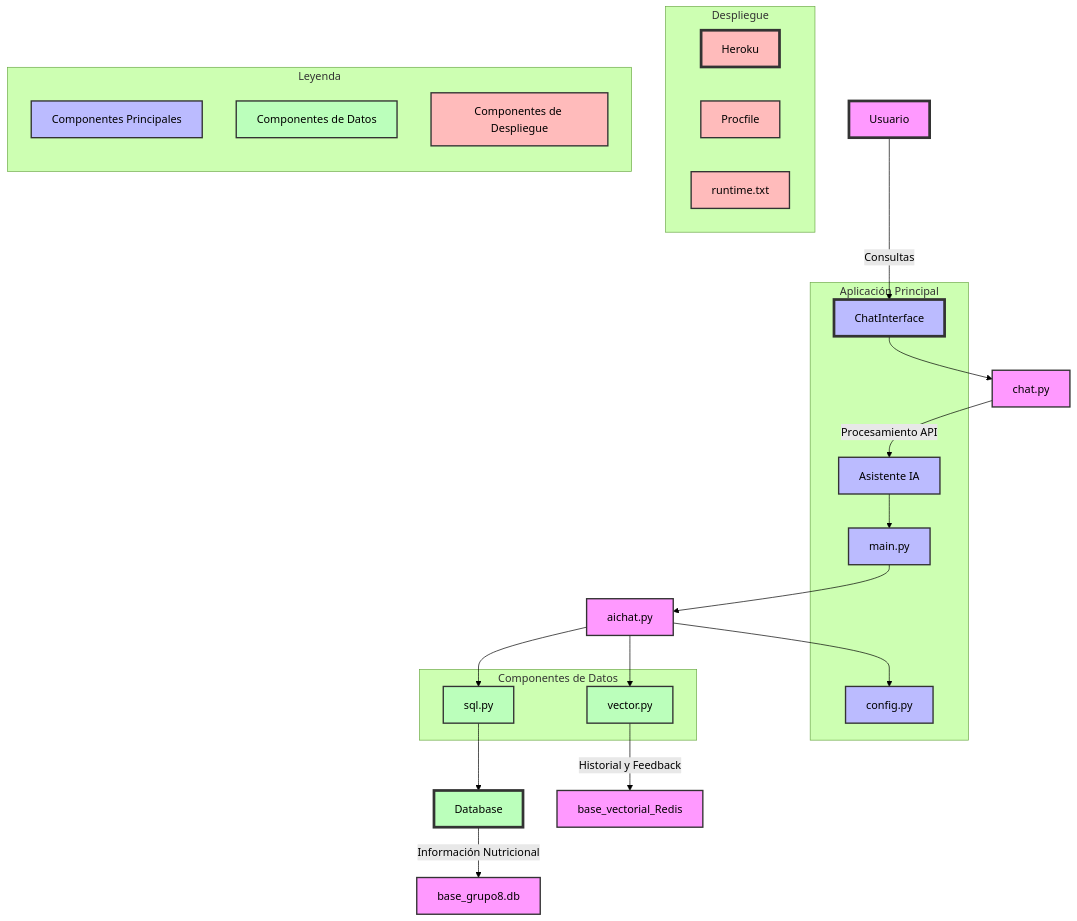
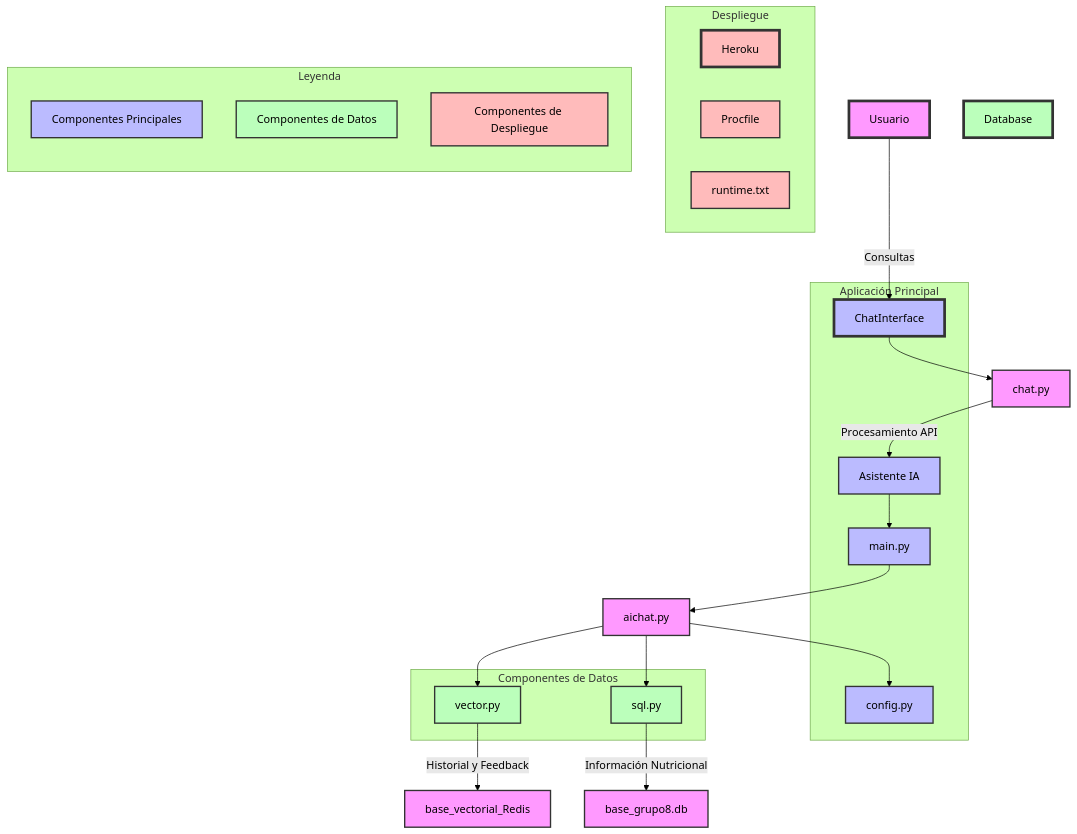
The diagram in architecture.md (leorojascas/Grupo8), drawn with Mermaid (forest theme) before and after one commit.

````diff
--- a/architecture.md
+++ b/architecture.md
@@ -1,65 +1,64 @@
 ```mermaid
 graph TD
     %% Nodes
     User[Usuario] -->|Consultas| ChatInterface
     ChatInterface --> ChatLogic[chat.py]
     ChatLogic[chat.py] -->|Procesamiento API| AIAssistant[Asistente IA]
     AIAssistant[Asistente IA] --> EntryPoint[main.py]
     EntryPoint[main.py] --> AILogic[aichat.py]
     AILogic[aichat.py] --> AppConfig[config.py]
 
     %% Subgraphs
     subgraph Aplicación Principal
         ChatInterface
         AIAssistant
         EntryPoint[main.py]
         AppConfig[config.py]
     end
 
     subgraph Componentes de Datos
         SQLModule[sql.py]
         VectorProcessor[vector.py]
     end
 
     %% Database Details
-    Database -->|Información Nutricional| Config[base_grupo8.db]
-    SQLModule --> Database
+    SQLModule -->|Información Nutricional| Config[base_grupo8.db]
     VectorProcessor -->|Historial y Feedback| Confíg[base_vectorial_Redis]
     AILogic[aichat.py] --> VectorProcessor
     AILogic[aichat.py] --> SQLModule
 
     %% Deployment
     subgraph Despliegue
         Heroku[Heroku]
         Procfile[Procfile]
         Runtime[runtime.txt]
     end
 
     %% Styling
     classDef default fill:#f9f,stroke:#333,stroke-width:2px
     classDef primary fill:#bbf,stroke:#333,stroke-width:2px
     classDef data fill:#bfb,stroke:#333,stroke-width:2px
     classDef deployment fill:#fbb,stroke:#333,stroke-width:2px
 
     class User,ChatInterface,AIAssistant,EntryPoint,AppConfig primary
     class Database,NutrientAnalysis,SQLModule,VectorProcessor data
     class Heroku,Procfile,Runtime deployment
 
     %% Legend
     subgraph Leyenda
         direction TB
         Primary[Componentes Principales]
         Data[Componentes de Datos]
         Deployment[Componentes de Despliegue]
     end
 
     class Primary primary
     class Data data
     class Deployment deployment
 
     %% Connections
     style User fill:#f9f,stroke:#333,stroke-width:4px
     style ChatInterface fill:#bbf,stroke:#333,stroke-width:4px
     style Database fill:#bfb,stroke:#333,stroke-width:4px
     style Heroku fill:#fbb,stroke:#333,stroke-width:4px
 ```
````
